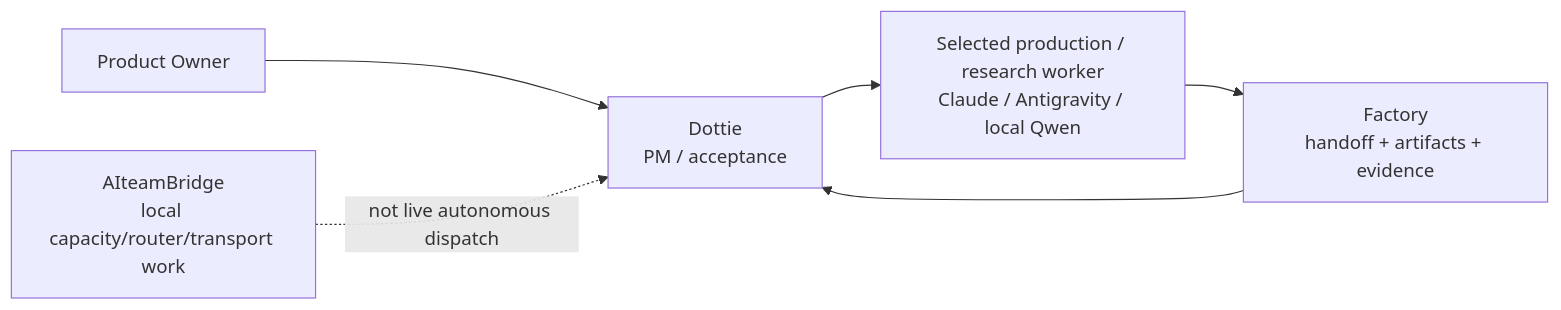
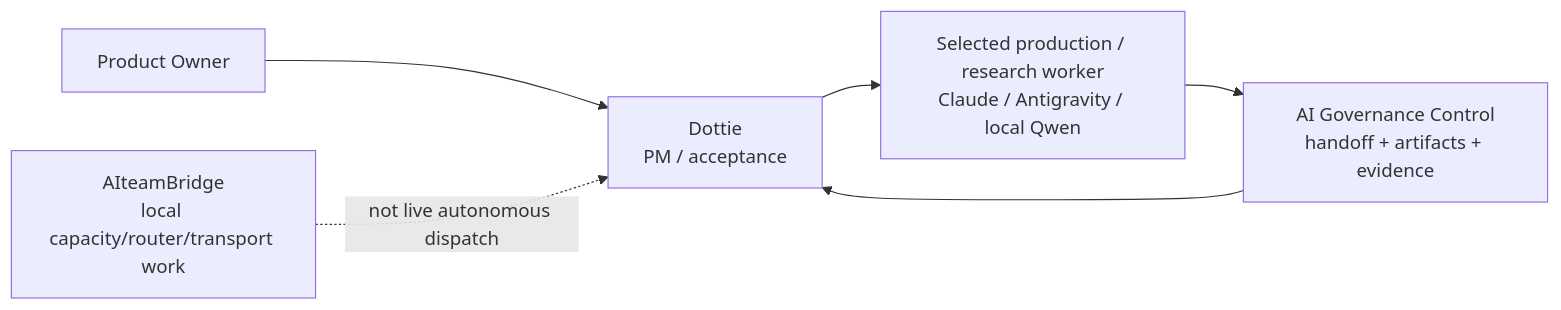
The diagram in README.md (moruku36/multi-ai-workflow), drawn with Mermaid before and after one commit. The commit also changed other lines of this file and 22 other files, not shown here.

Commit message:
docs: use AI Governance Control display name

````diff
--- a/README.md
+++ b/README.md
@@ -28,8 +28,8 @@
 ```mermaid
 flowchart LR
     U["Product Owner"] --> D["Dottie<br/>PM / acceptance"]
     D --> A["Selected production / research worker<br/>Claude / Antigravity / local Qwen"]
-    A --> F["Factory<br/>handoff + artifacts + evidence"]
+    A --> F["AI Governance Control<br/>handoff + artifacts + evidence"]
     F --> D
     B["AIteamBridge<br/>local capacity/router/transport work"] -. "not live autonomous dispatch" .-> D
 ```
````
